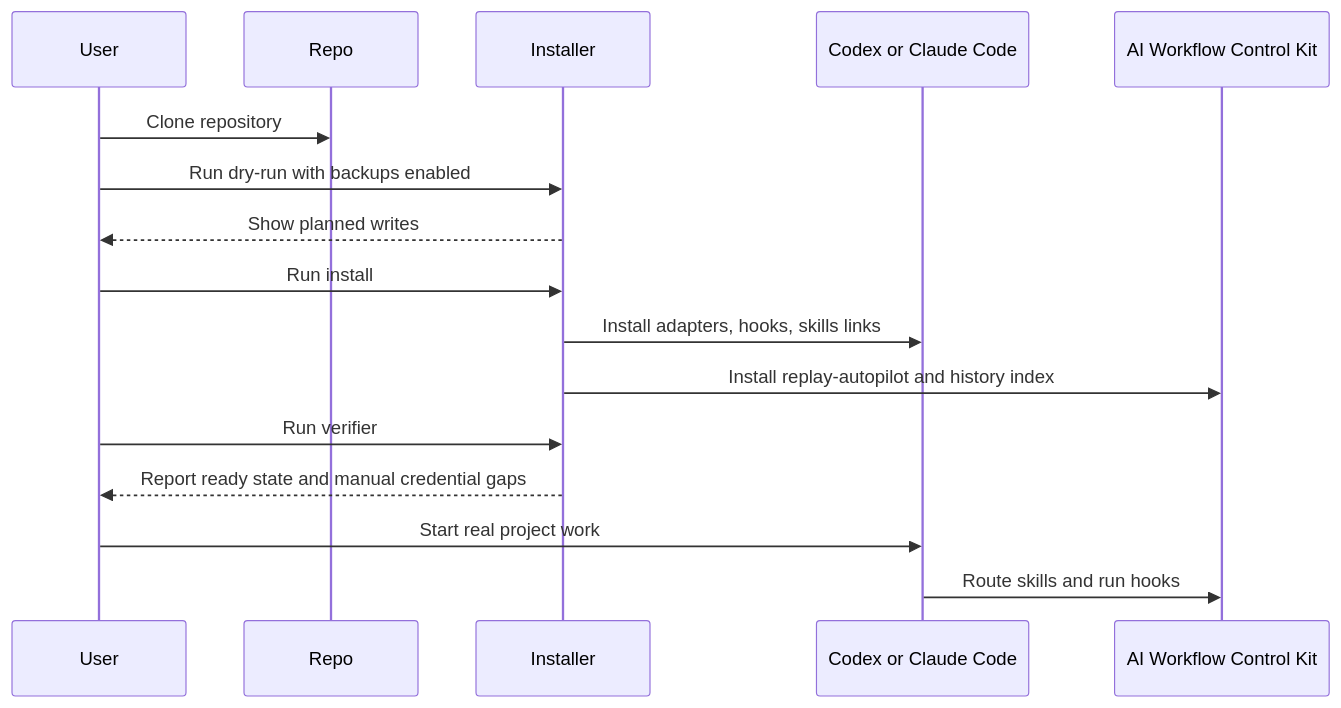
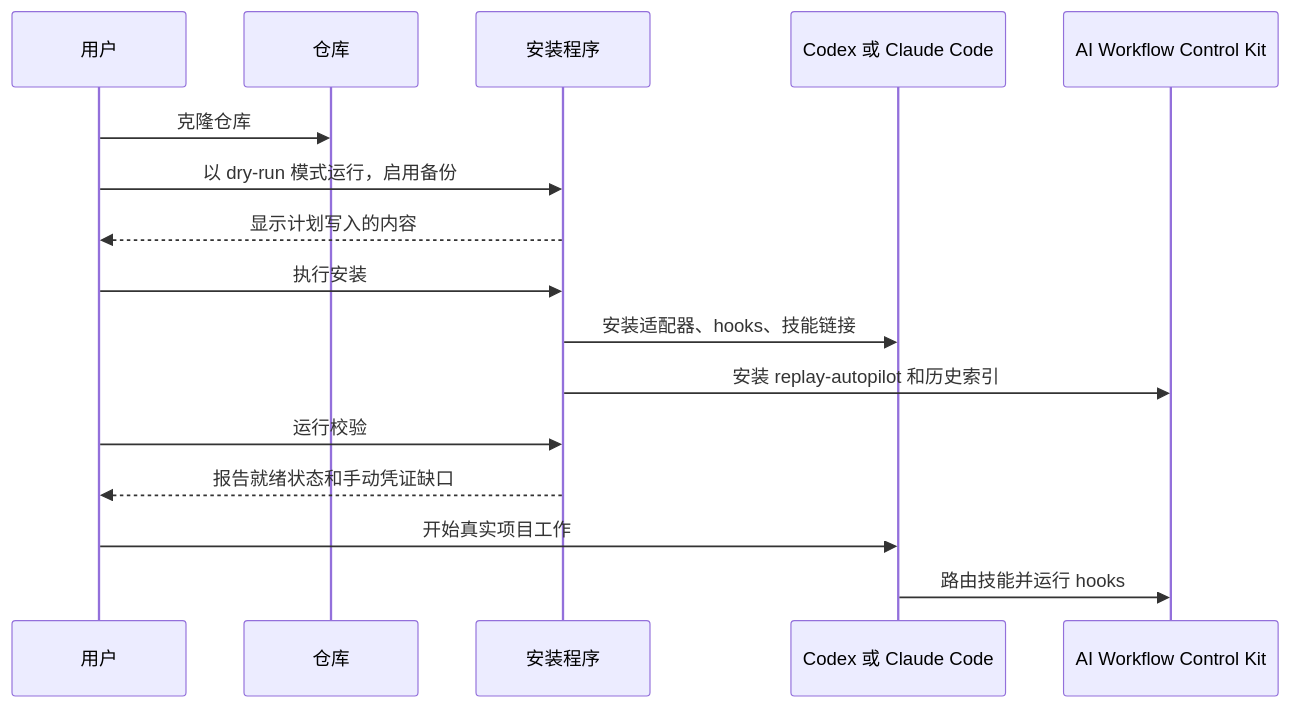
One commit to hxld/ai-workflow-control-kit changed the eighth of 8 diagrams in docs/ARCHITECTURE.md. Above: the diagram before and after it, drawn with Mermaid. The commit also changed other lines of this file and 2 other files, not shown here.

First line of the commit message:
📝 docs: add bilingual toggle (zh/en) for ARCHITECTURE.md

````diff
--- a/docs/ARCHITECTURE.md
+++ b/docs/ARCHITECTURE.md
@@ -457,19 +459,19 @@
 ```mermaid
 sequenceDiagram
-    participant User
-    participant Repo
-    participant Installer
-    participant Host as Codex or Claude Code
+    participant User as 用户
+    participant Repo as 仓库
+    participant Installer as 安装程序
+    participant Host as Codex 或 Claude Code
     participant Workflow as AI Workflow Control Kit
 
-    User->>Repo: Clone repository
-    User->>Installer: Run dry-run with backups enabled
-    Installer-->>User: Show planned writes
-    User->>Installer: Run install
-    Installer->>Host: Install adapters, hooks, skills links
-    Installer->>Workflow: Install replay-autopilot and history index
-    User->>Installer: Run verifier
-    Installer-->>User: Report ready state and manual credential gaps
-    User->>Host: Start real project work
-    Host->>Workflow: Route skills and run hooks
+    User->>Repo: 克隆仓库
+    User->>Installer: 以 dry-run 模式运行，启用备份
+    Installer-->>User: 显示计划写入的内容
+    User->>Installer: 执行安装
+    Installer->>Host: 安装适配器、hooks、技能链接
+    Installer->>Workflow: 安装 replay-autopilot 和历史索引
+    User->>Installer: 运行校验
+    Installer-->>User: 报告就绪状态和手动凭证缺口
+    User->>Host: 开始真实项目工作
+    Host->>Workflow: 路由技能并运行 hooks
 ```
````
